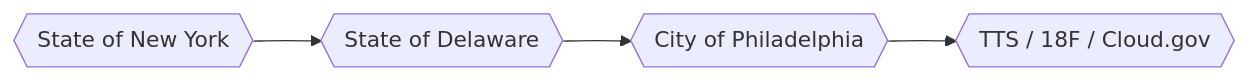
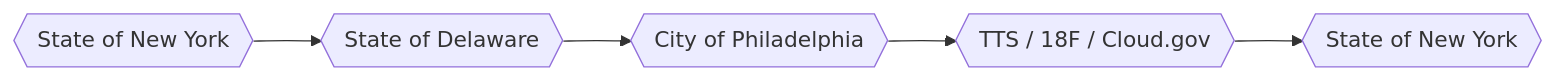
The diagram in README.md (mheadd/mheadd), drawn with Mermaid before and after one commit. The commit also changed other lines of this file, not shown here.

````diff
--- a/README.md
+++ b/README.md
@@ -15,7 +15,8 @@
 ```mermaid
 flowchart LR
    id1{{State of New York}}
    -->id2{{State of Delaware}}
    -->id3{{City of Philadelphia}}
    -->id4{{TTS / 18F / Cloud.gov}}
+   -->id5{{State of New York}}
 ```
````
